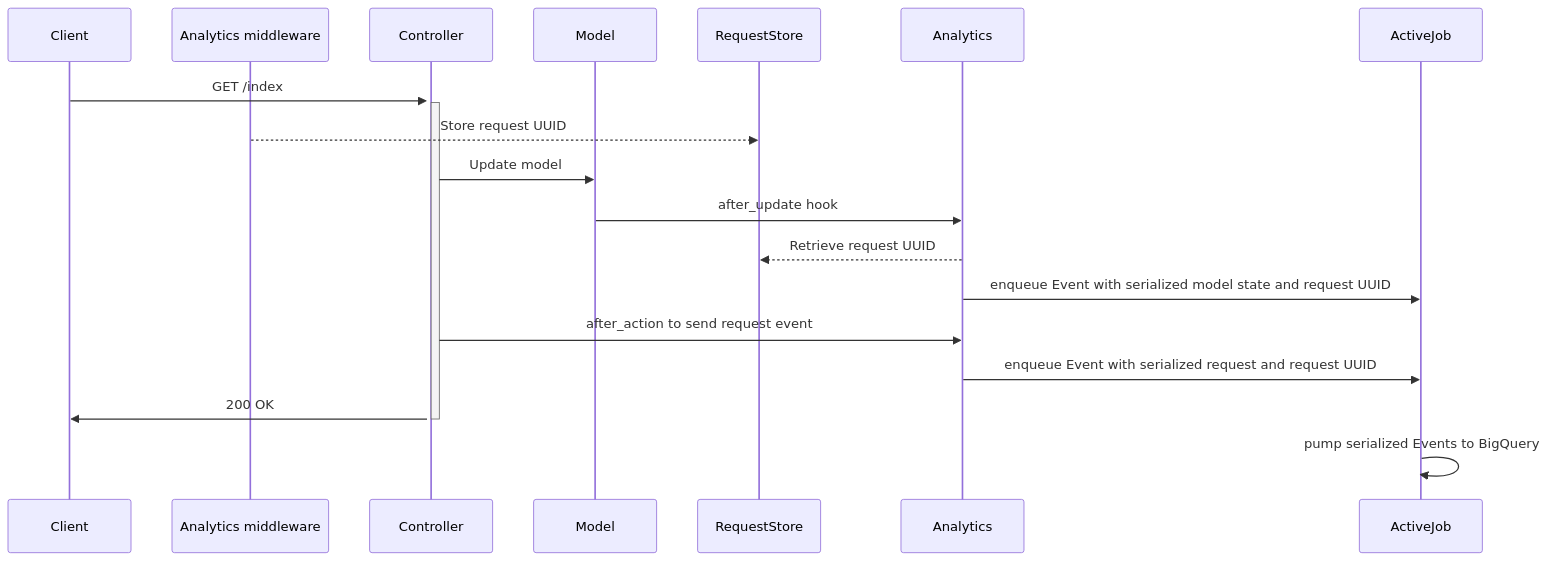
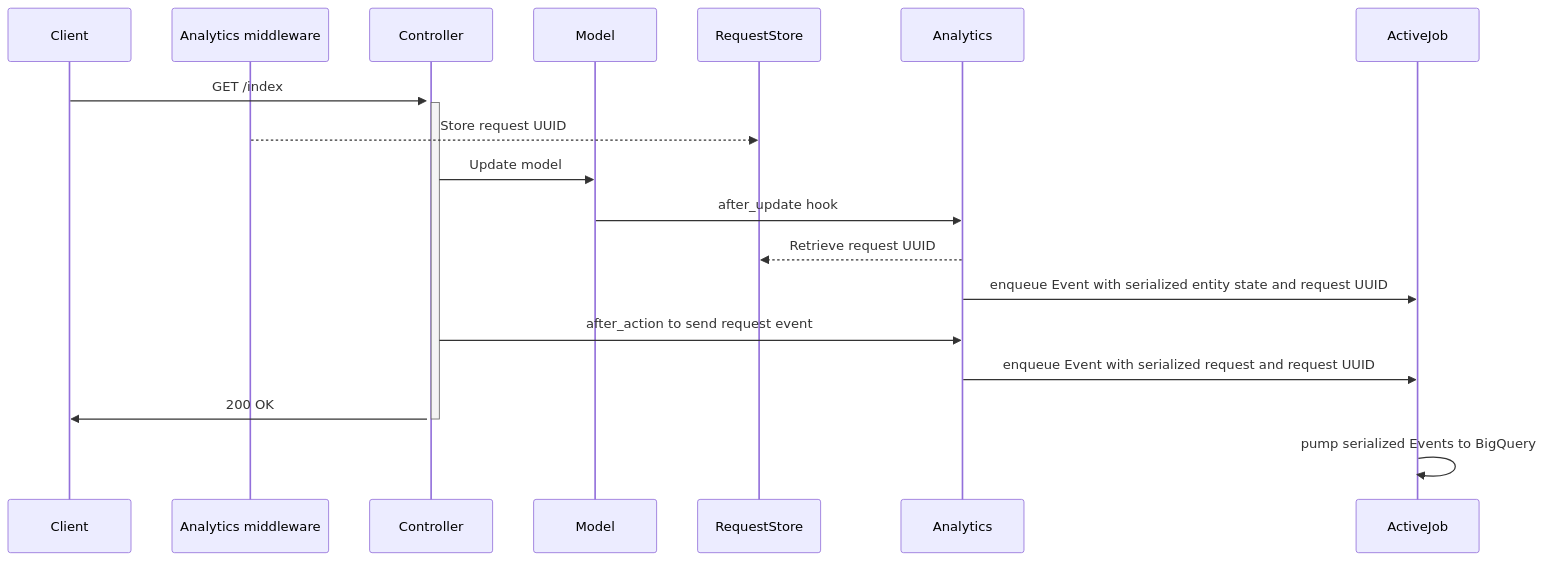
The diagram in README.md (DFE-Digital/dfe-analytics), drawn with Mermaid before and after one commit. The commit also changed other lines of this file and 5 other files, not shown here.

````diff
--- a/README.md
+++ b/README.md
@@ -38,20 +40,20 @@
 ```mermaid
 sequenceDiagram
     participant Client
     participant Analytics middleware
     participant Controller
     participant Model
     participant RequestStore
     Client->>+Controller: GET /index
     activate Controller
     Analytics middleware-->>RequestStore: Store request UUID
     Controller->>Model: Update model
     Model->>Analytics: after_update hook
     Analytics-->>RequestStore: Retrieve request UUID
-    Analytics->>ActiveJob: enqueue Event with serialized model state and request UUID
+    Analytics->>ActiveJob: enqueue Event with serialized entity state and request UUID
     Controller->>Analytics: after_action to send request event
     Analytics->>ActiveJob: enqueue Event with serialized request and request UUID
     Controller->>Client: 200 OK
     deactivate Controller
     ActiveJob->>ActiveJob: pump serialized Events to BigQuery
 ```
````
